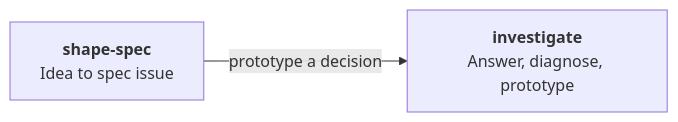
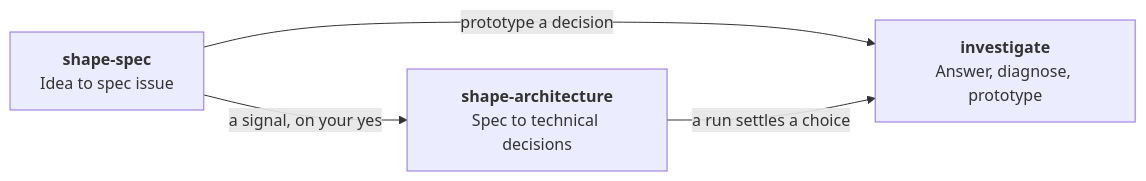
One commit to Ilian-Allaf/skillstack changed the ninth of 13 diagrams in skills/GRAPH.md. Above: the diagram before and after it, drawn with Mermaid. The commit also changed other lines of this file and 38 other files, not shown here.

First line of the commit message:
Shape the architecture apart from the intent

````diff
--- a/skills/GRAPH.md
+++ b/skills/GRAPH.md
@@ -353,7 +364,10 @@
 ```mermaid
 flowchart LR
   shape["<b>shape-spec</b><br/>Idea to spec issue"]
+  arch["<b>shape-architecture</b><br/>Spec to technical decisions"]
   investigate["<b>investigate</b><br/>Answer, diagnose, prototype"]
 
   shape -->|prototype a decision| investigate
+  shape -->|a signal, on your yes| arch
+  arch -->|a run settles a choice| investigate
 ```
````
